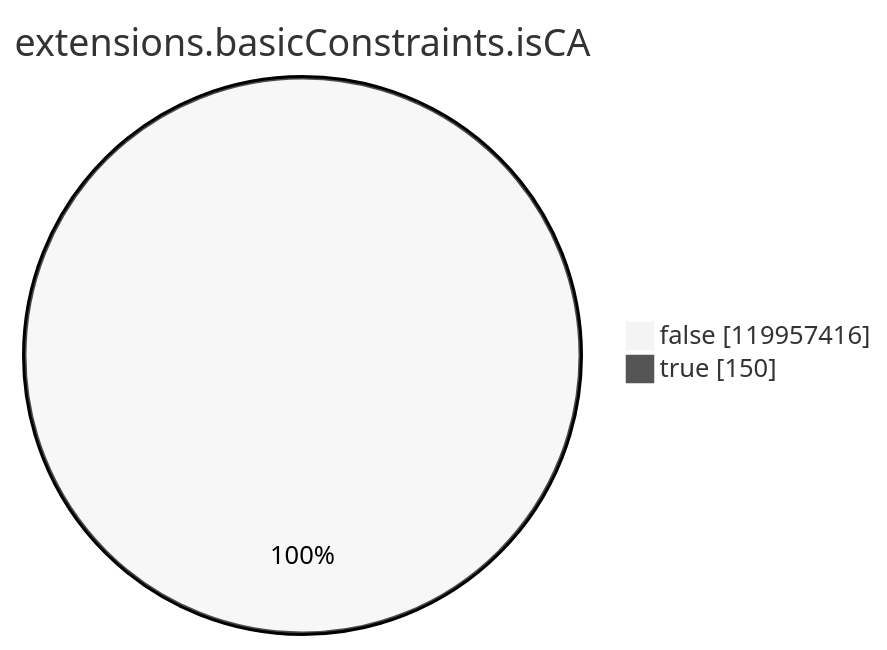
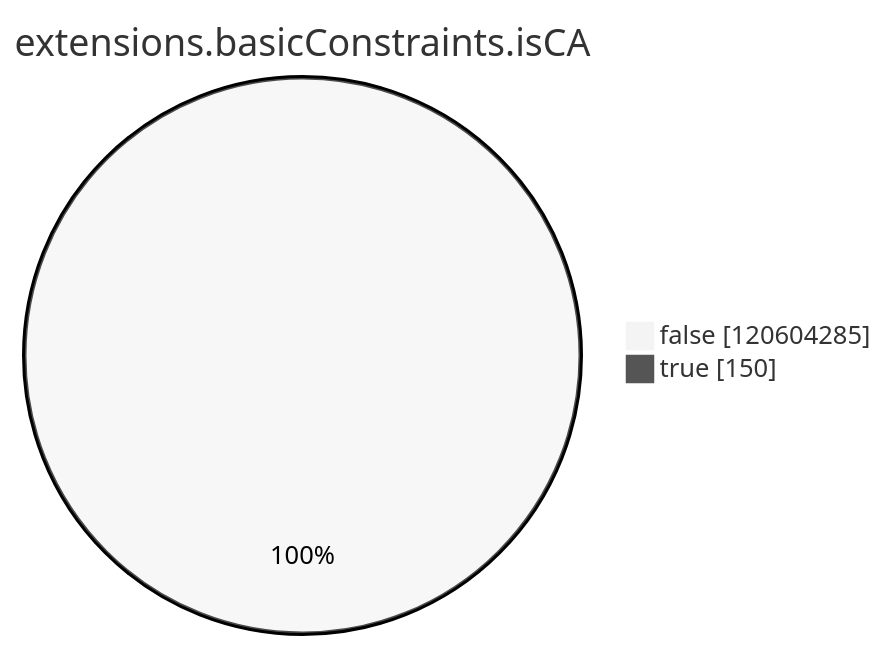
Before and after one commit to christiankrug/ctmonitor_visualization: the seventh of 15 diagrams in xenon2023/README.md, drawn with Mermaid (neutral theme). The commit also changed other lines of this file, not shown here.

````diff
--- a/xenon2023/README.md
+++ b/xenon2023/README.md
@@ -2155,6 +2158,6 @@
 ```mermaid
 pie showData
 title extensions.basicConstraints.isCA
-"false" :119957416
+"false" :120604285
 "true" :150
 ```
````
